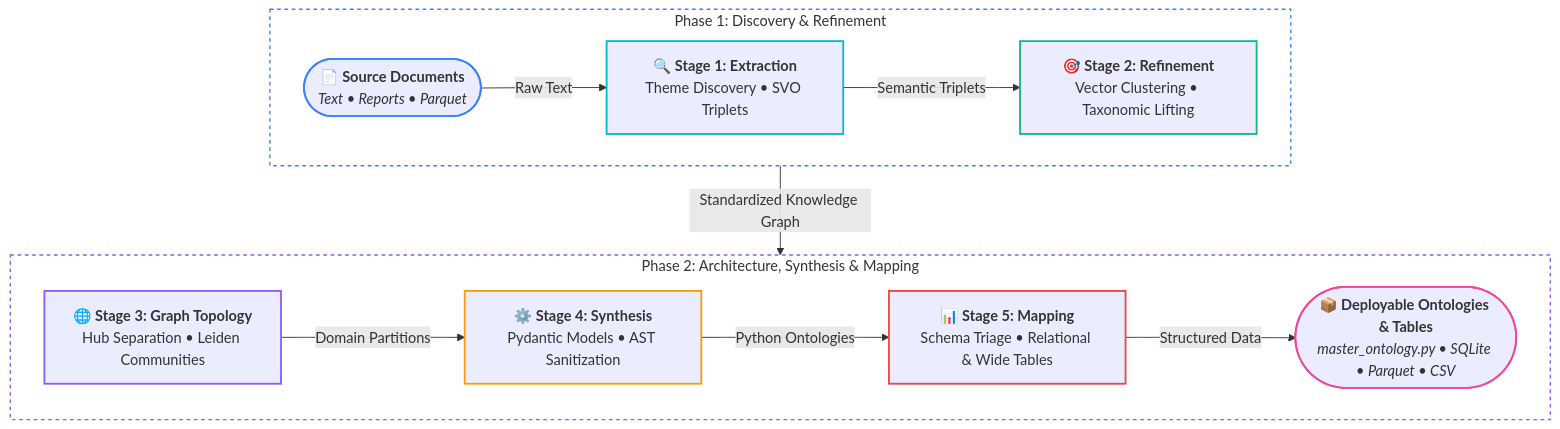
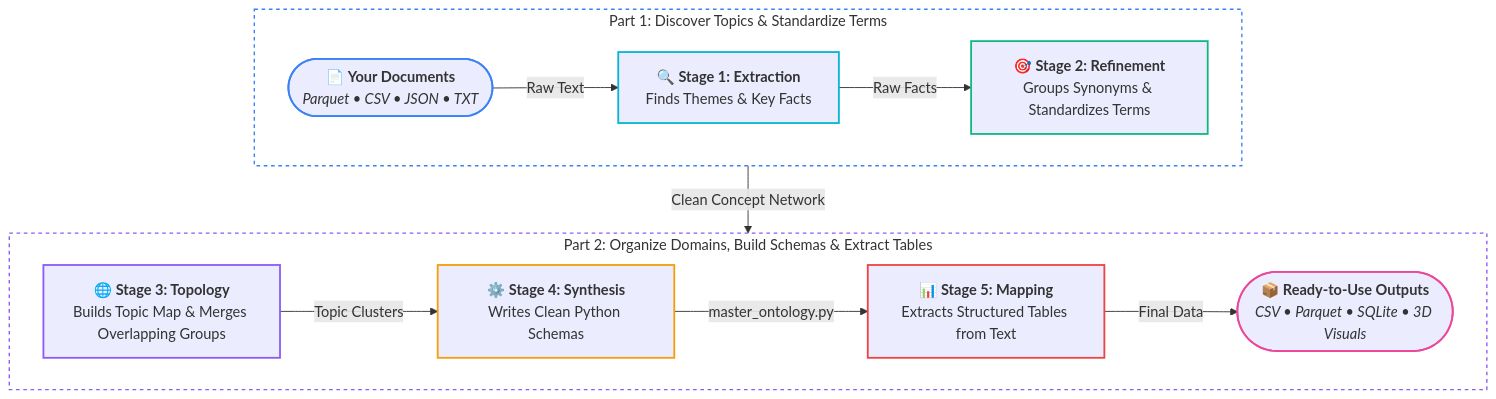
One commit to childmindresearch/SemanticPrism changed the diagram in README.md. Above: the diagram before and after it, drawn with Mermaid. The commit also changed other lines of this file and 6 other files, not shown here.

````diff
--- a/README.md
+++ b/README.md
@@ -11,29 +11,29 @@
 ```mermaid
 flowchart TD
-    subgraph Row1 ["Phase 1: Discovery & Refinement"]
+    subgraph Row1 ["Part 1: Discover Topics & Standardize Terms"]
         direction LR
-        In(["📄 <b>Source Documents</b><br/><i>Text • Reports • Parquet</i>"])
-        --> |Raw Text| S1["🔍 <b>Stage 1: Extraction</b><br/>Theme Discovery • SVO Triplets"]
-        --> |Semantic Triplets| S2["🎯 <b>Stage 2: Refinement</b><br/>Vector Clustering • Taxonomic Lifting"]
+        In(["📄 <b>Your Documents</b><br/><i>Parquet • CSV • JSON • TXT</i>"])
+        --> |Raw Text| S1["🔍 <b>Stage 1: Extraction</b><br/>Finds Themes & Key Facts"]
+        --> |Raw Facts| S2["🎯 <b>Stage 2: Refinement</b><br/>Groups Synonyms & Standardizes Terms"]
     end
 
-    subgraph Row2 ["Phase 2: Architecture, Synthesis & Mapping"]
+    subgraph Row2 ["Part 2: Organize Domains, Build Schemas & Extract Tables"]
         direction LR
-        S3["🌐 <b>Stage 3: Graph Topology</b><br/>Hub Separation • Leiden Communities"]
-        --> |Domain Partitions| S4["⚙️ <b>Stage 4: Synthesis</b><br/>Pydantic Models • AST Sanitization"]
-        --> |Python Ontologies| S5["📊 <b>Stage 5: Mapping</b><br/>Schema Triage • Relational & Wide Tables"]
-        --> |Structured Data| Out(["📦 <b>Deployable Ontologies & Tables</b><br/><i>master_ontology.py • SQLite • Parquet • CSV</i>"])
+        S3["🌐 <b>Stage 3: Topology</b><br/>Builds Topic Map & Merges Overlapping Groups"]
+        --> |Topic Clusters| S4["⚙️ <b>Stage 4: Synthesis</b><br/>Writes Clean Python Schemas"]
+        --> |master_ontology.py| S5["📊 <b>Stage 5: Mapping</b><br/>Extracts Structured Tables from Text"]
+        --> |Final Data| Out(["📦 <b>Ready-to-Use Outputs</b><br/><i>CSV • Parquet • SQLite • 3D Visuals</i>"])
     end
 
-    Row1 --> |Standardized Knowledge Graph| Row2
+    Row1 --> |Clean Concept Network| Row2
 
     style Row1 stroke:#3b82f6,stroke-width:1.5px,stroke-dasharray: 4 4,fill:none
     style Row2 stroke:#8b5cf6,stroke-width:1.5px,stroke-dasharray: 4 4,fill:none
     style In stroke:#3b82f6,stroke-width:2px
     style S1 stroke:#06b6d4,stroke-width:2px
     style S2 stroke:#10b981,stroke-width:2px
     style S3 stroke:#8b5cf6,stroke-width:2px
     style S4 stroke:#f59e0b,stroke-width:2px
     style S5 stroke:#ef4444,stroke-width:2px
     style Out stroke:#ec4899,stroke-width:2px
 ```
````
